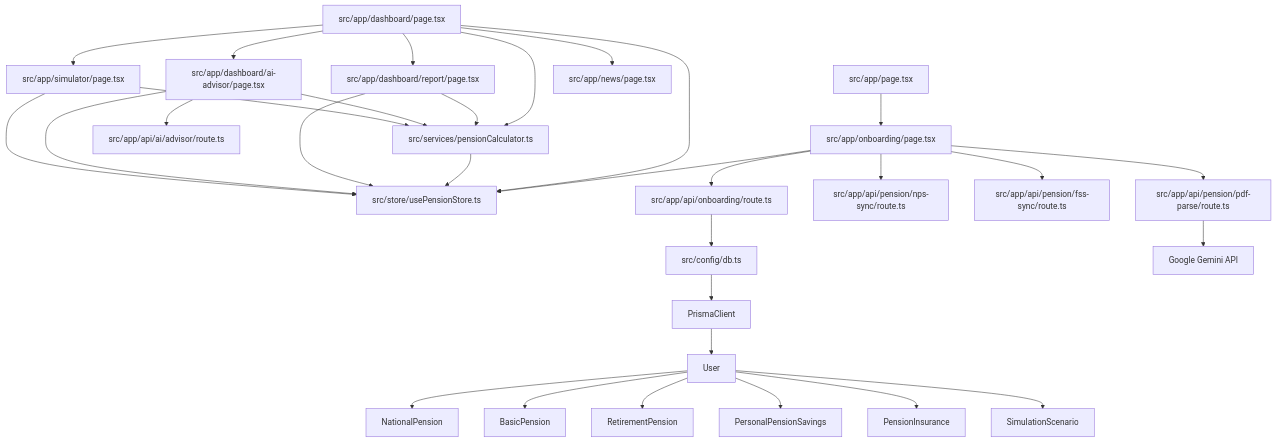
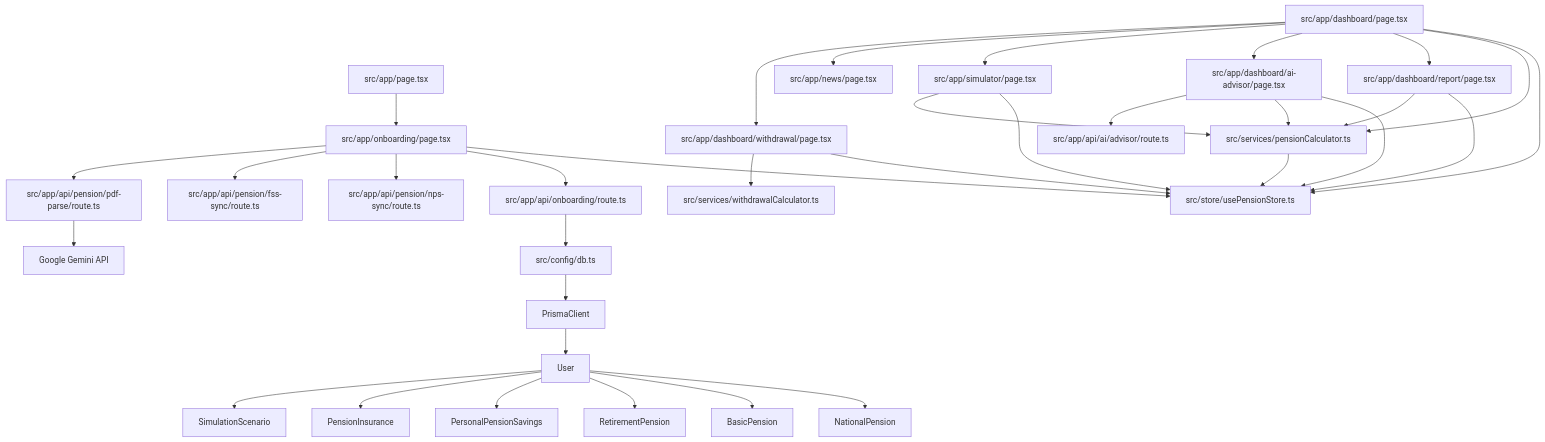
Before and after one commit to ChanHoya/PensionLab: the diagram in docs/dependency-map.md, drawn with Mermaid. The commit also changed 11 other files, not shown here.

````diff
--- a/docs/dependency-map.md
+++ b/docs/dependency-map.md
@@ -3,47 +3,52 @@
 ```mermaid
 graph TD
   %% Database Layer
   db[src/config/db.ts] --> PrismaClient
   PrismaClient --> User
   User --> NationalPension
   User --> BasicPension
   User --> RetirementPension
   User --> PersonalPensionSavings
   User --> PensionInsurance
   User --> SimulationScenario
 
   %% State & Business Logic Layer
   Store[src/store/usePensionStore.ts]
   Calculator[src/services/pensionCalculator.ts]
 
   %% UI & Page Layer
   Landing[src/app/page.tsx] --> OnboardingUI
   OnboardingUI[src/app/onboarding/page.tsx] --> Store
   OnboardingUI --> OnboardingAPI[src/app/api/onboarding/route.ts]
   OnboardingAPI --> db
 
   Dashboard[src/app/dashboard/page.tsx] --> Store
   Dashboard --> Calculator
   Calculator --> Store
 
   %% Sprint 2 Additions
   Dashboard --> Report[src/app/dashboard/report/page.tsx]
   Report --> Store
   Report --> Calculator
   OnboardingUI --> NPSSyncAPI[src/app/api/pension/nps-sync/route.ts]
   OnboardingUI --> FSSSyncAPI[src/app/api/pension/fss-sync/route.ts]
   OnboardingUI --> PDFParseAPI[src/app/api/pension/pdf-parse/route.ts]
   PDFParseAPI --> GeminiAPI[Google Gemini API]
 
   %% MiniMax AI Advisor (Sprint 12 / MiniMax Integration)
   Dashboard --> AIAdvisor[src/app/dashboard/ai-advisor/page.tsx]
   AIAdvisor --> Store
   AIAdvisor --> Calculator
   AIAdvisor --> AIAdvisorAPI[src/app/api/ai/advisor/route.ts]
 
   %% Simulator & News Routes (404 Bug Fixes)
   Dashboard --> Simulator[src/app/simulator/page.tsx]
   Dashboard --> News[src/app/news/page.tsx]
   Simulator --> Store
   Simulator --> Calculator
+
+  %% Withdrawal Strategy (Sprint 19)
+  Dashboard --> WithdrawalUI[src/app/dashboard/withdrawal/page.tsx]
+  WithdrawalUI --> Store
+  WithdrawalUI --> WithdrawalCalc[src/services/withdrawalCalculator.ts]
 ```
````
